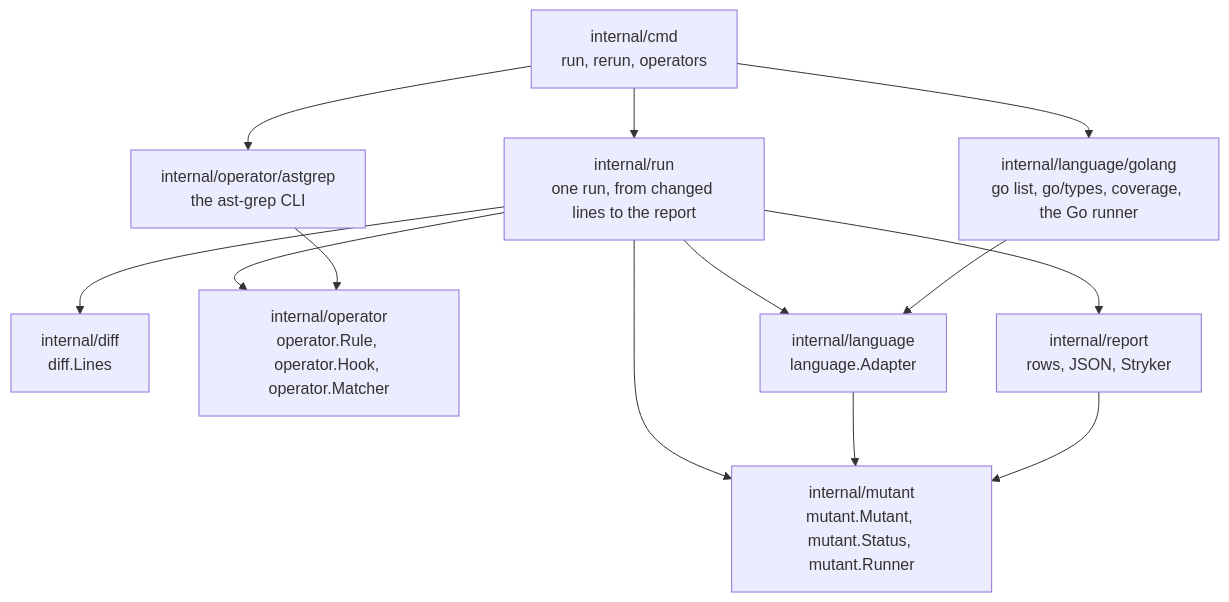
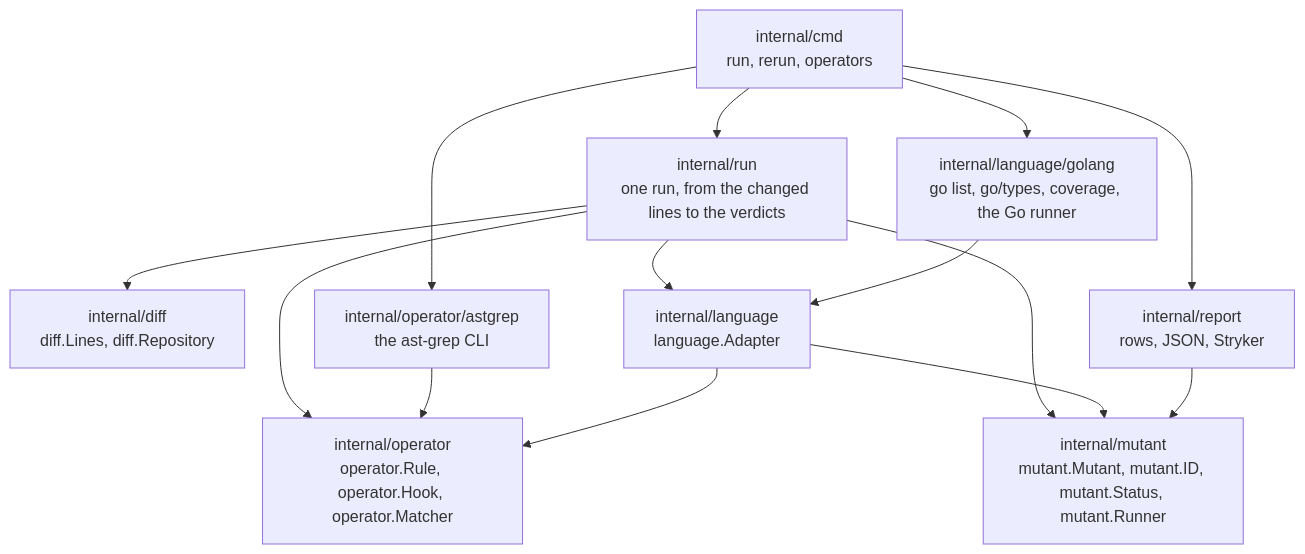
Before and after one commit to hpcsc/mutants: the fifth of 5 diagrams in docs/design.md, drawn with Mermaid. The commit also changed other lines of this file, not shown here.

````diff
--- a/docs/design.md
+++ b/docs/design.md
@@ -393,24 +465,25 @@
 ```mermaid
 flowchart TD
     CMD["internal/cmd<br/>run, rerun, operators"]
-    RUN["internal/run<br/>one run, from changed lines to the report"]
-    DIFF["internal/diff<br/>diff.Lines"]
+    RUN["internal/run<br/>one run, from the changed lines to the verdicts"]
+    DIFF["internal/diff<br/>diff.Lines, diff.Repository"]
     OP["internal/operator<br/>operator.Rule, operator.Hook, operator.Matcher"]
     AG["internal/operator/astgrep<br/>the ast-grep CLI"]
-    MUT["internal/mutant<br/>mutant.Mutant, mutant.Status, mutant.Runner"]
+    MUT["internal/mutant<br/>mutant.Mutant, mutant.ID, mutant.Status, mutant.Runner"]
     LANG["internal/language<br/>language.Adapter"]
     GO["internal/language/golang<br/>go list, go/types, coverage, the Go runner"]
     REP["internal/report<br/>rows, JSON, Stryker"]
     CMD --> RUN
     CMD --> AG
     CMD --> GO
+    CMD --> REP
     RUN --> DIFF
     RUN --> OP
     RUN --> LANG
     RUN --> MUT
-    RUN --> REP
     AG --> OP
     GO --> LANG
+    LANG --> OP
     LANG --> MUT
     REP --> MUT
 ```
````
